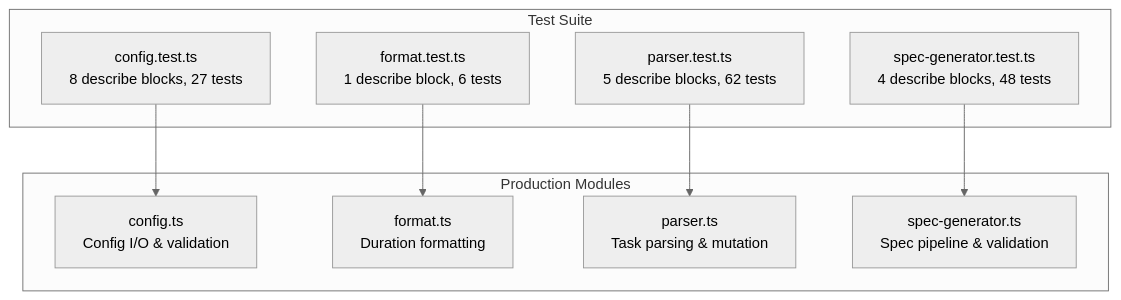
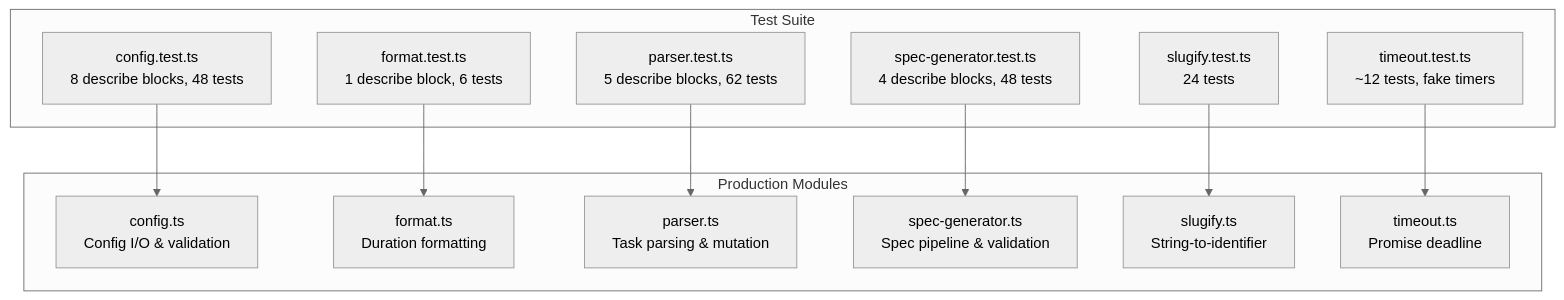
One commit to PatrickRuddiman/Dispatch changed the diagram in docs/testing/overview.md. Above: the diagram before and after it, drawn with Mermaid (neutral theme). The commit also changed other lines of this file and 53 other files, not shown here.

````diff
--- a/docs/testing/overview.md
+++ b/docs/testing/overview.md
@@ -103,21 +105,27 @@
 ```mermaid
 graph TD
     subgraph "Test Suite"
-        CT["config.test.ts<br/>8 describe blocks, 27 tests"]
+        CT["config.test.ts<br/>8 describe blocks, 48 tests"]
         FT["format.test.ts<br/>1 describe block, 6 tests"]
         PT["parser.test.ts<br/>5 describe blocks, 62 tests"]
         ST["spec-generator.test.ts<br/>4 describe blocks, 48 tests"]
+        SLT["slugify.test.ts<br/>24 tests"]
+        TOT["timeout.test.ts<br/>~12 tests, fake timers"]
     end
 
     subgraph "Production Modules"
         C["config.ts<br/>Config I/O &amp; validation"]
         F["format.ts<br/>Duration formatting"]
         P["parser.ts<br/>Task parsing &amp; mutation"]
         S["spec-generator.ts<br/>Spec pipeline &amp; validation"]
+        SL["slugify.ts<br/>String-to-identifier"]
+        TO["timeout.ts<br/>Promise deadline"]
     end
 
     CT --> C
     FT --> F
     PT --> P
     ST --> S
+    SLT --> SL
+    TOT --> TO
 ```
````
